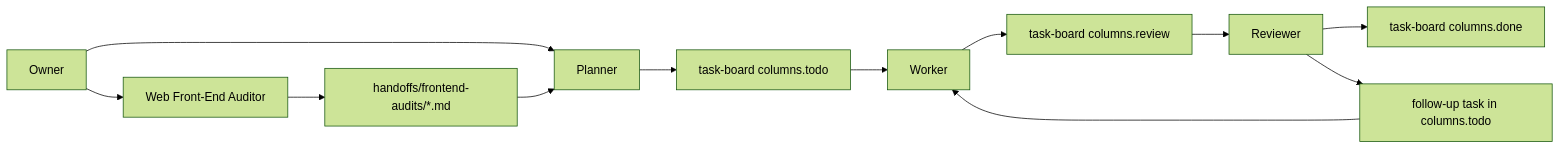
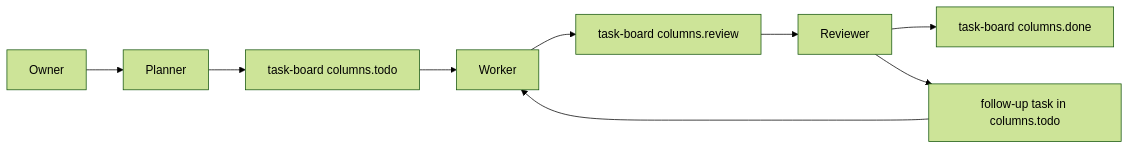
Before and after one commit to reatured/orchia-auto: the diagram in workflow/workflow-overview.md, drawn with Mermaid (forest theme). The commit also changed other lines of this file and 19 other files, not shown here.

First line of the commit message:
Remove Web Front-End Auditor role and streamline project initialization

````diff
--- a/workflow/workflow-overview.md
+++ b/workflow/workflow-overview.md
@@ -51,14 +51,11 @@
 ```mermaid
 flowchart LR
-  Owner["Owner"] --> Auditor["Web Front-End Auditor"]
-  Auditor --> Handoff["handoffs/frontend-audits/*.md"]
-  Owner --> Planner["Planner"]
-  Handoff --> Planner
+  Owner["Owner"] --> Planner["Planner"]
   Planner --> Todo["task-board columns.todo"]
   Todo --> Worker["Worker"]
   Worker --> Review["task-board columns.review"]
   Review --> Reviewer["Reviewer"]
   Reviewer --> Done["task-board columns.done"]
   Reviewer --> FollowUp["follow-up task in columns.todo"]
   FollowUp --> Worker
 ```
````
